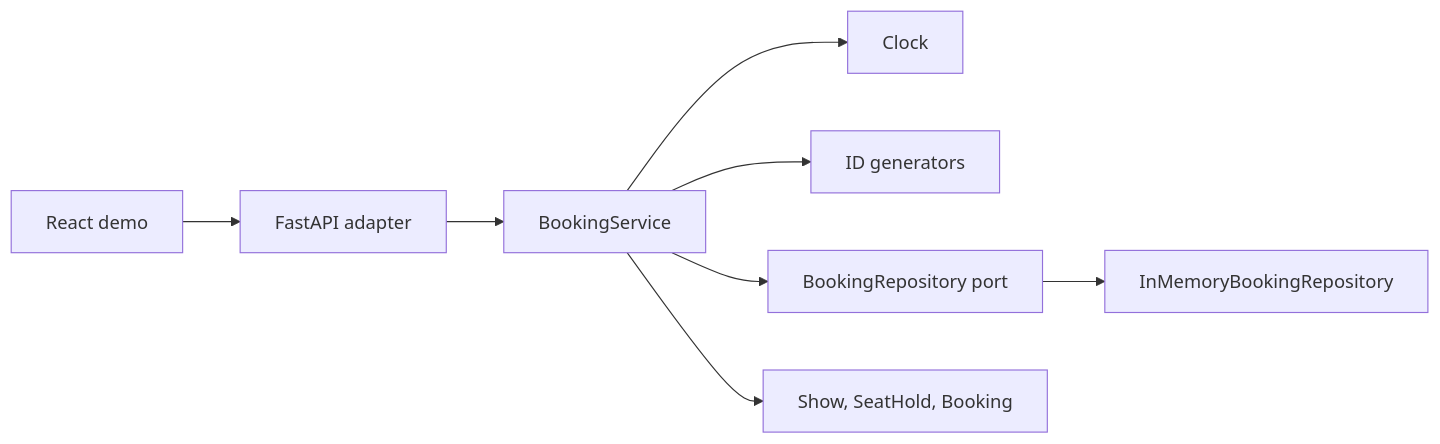
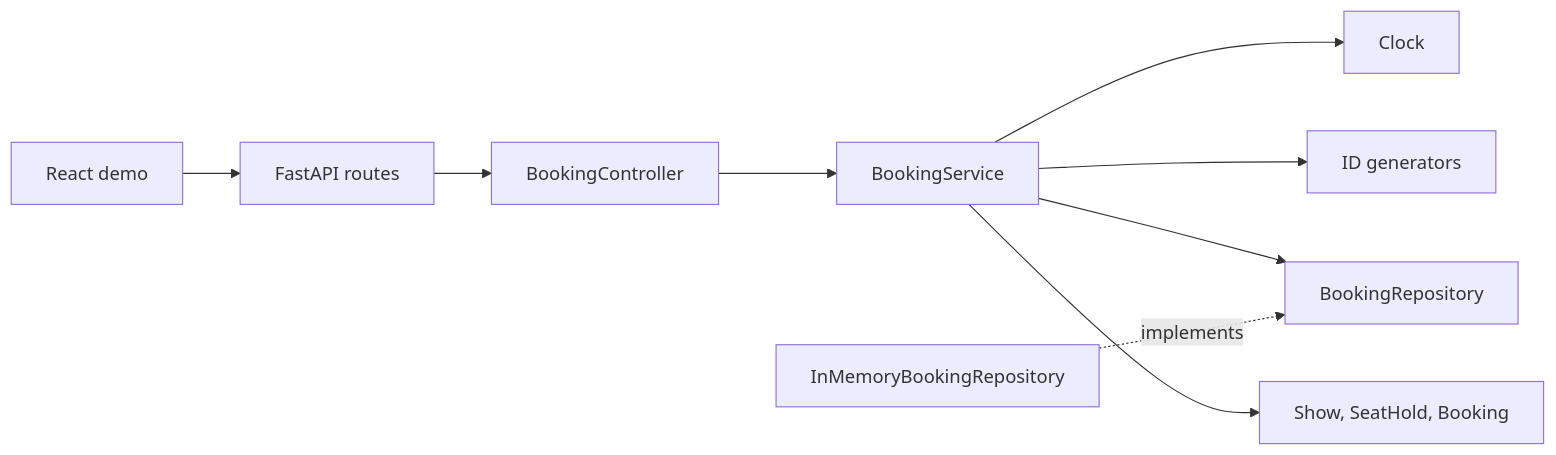
The first of 4 diagrams in Machine Coding/movie-ticket-booking/DESIGN.md (Maheshwari-Tech/Low-Level-Design), drawn with Mermaid before and after one commit. The commit also changed other lines of this file and 82 other files, not shown here.

````diff
--- a/Machine Coding/movie-ticket-booking/DESIGN.md
+++ b/Machine Coding/movie-ticket-booking/DESIGN.md
@@ -17,10 +17,11 @@
 ```mermaid
 flowchart LR
-  UI[React demo] --> API[FastAPI adapter]
-  API --> UC[BookingService]
+  UI[React demo] --> API[FastAPI routes]
+  API --> CONTROLLER[BookingController]
+  CONTROLLER --> UC[BookingService]
   UC --> CLOCK[Clock]
   UC --> IDS[ID generators]
-  UC --> PORT[BookingRepository port]
-  PORT --> MEM[InMemoryBookingRepository]
+  UC --> REPOSITORY[BookingRepository]
+  MEM[InMemoryBookingRepository] -. implements .-> REPOSITORY
   UC --> DOMAIN[Show, SeatHold, Booking]
 ```
````
